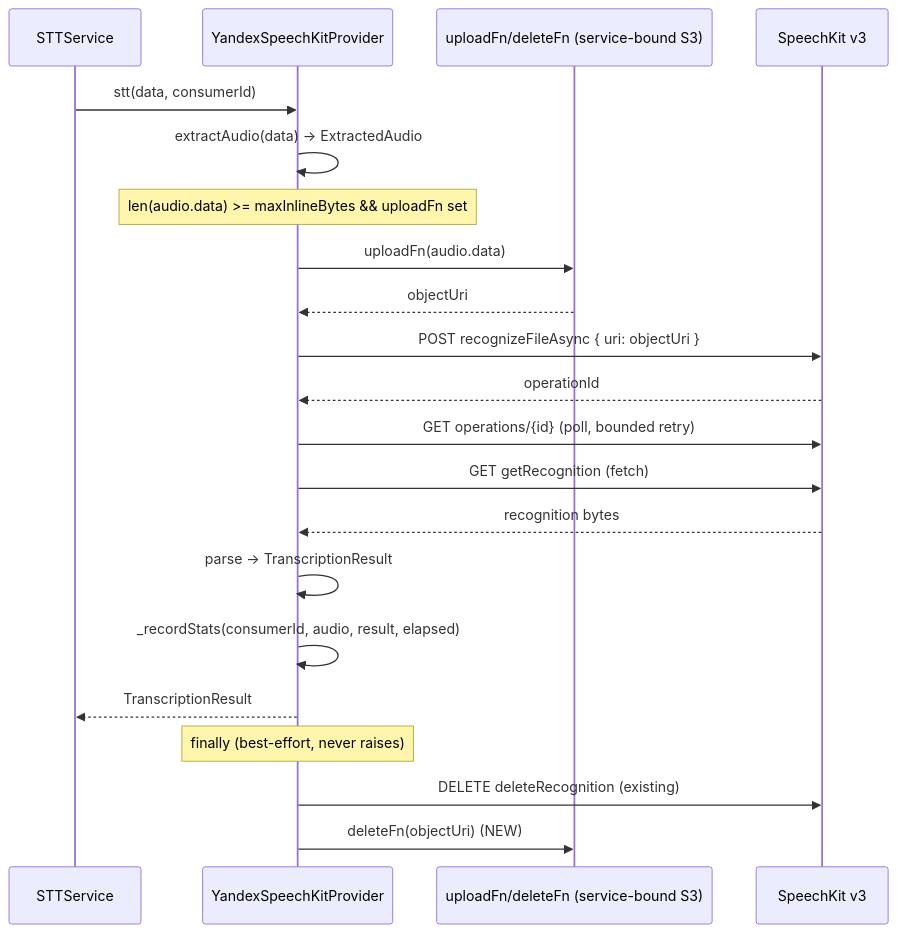
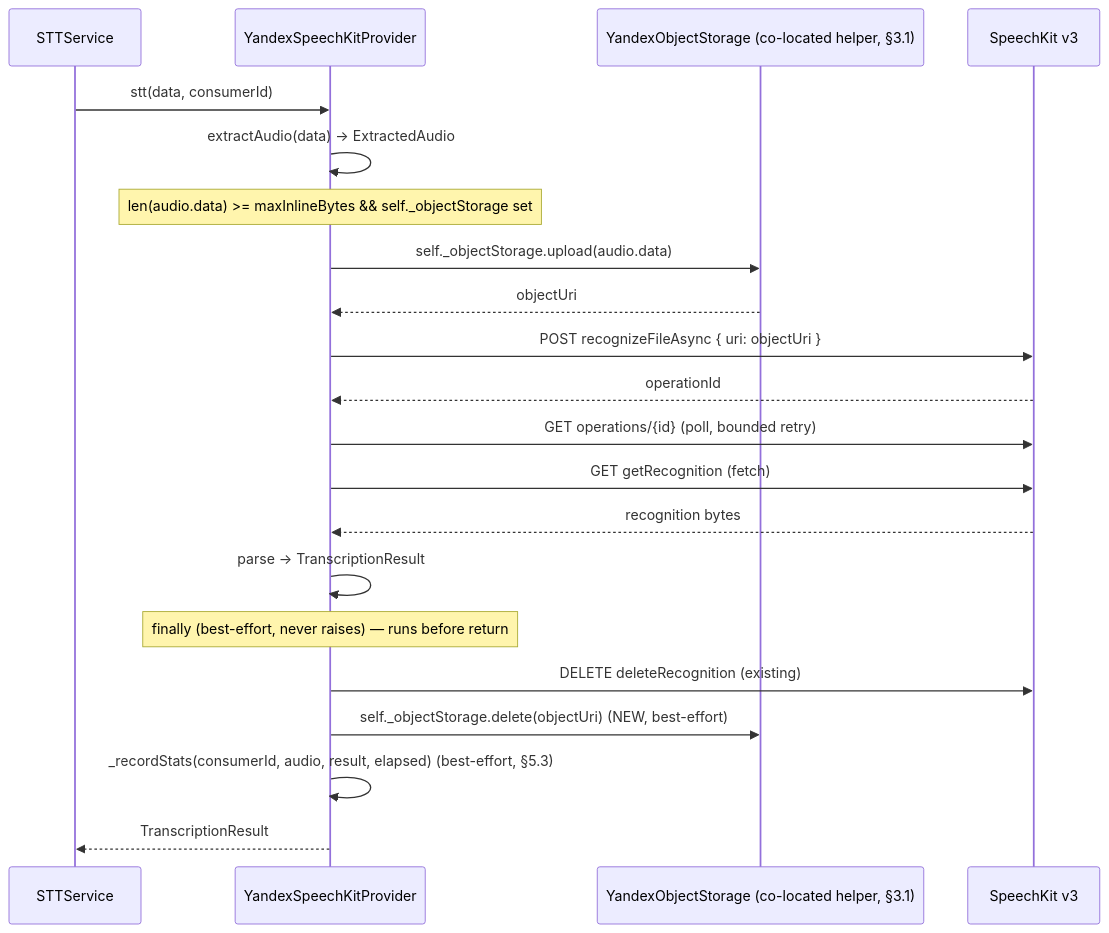
One commit to NotA-Company/gromozeka changed the diagram in docs/design/stt-v1.1.md. Above: the diagram before and after it, drawn with Mermaid. The commit also changed other lines of this file and 22 other files, not shown here.

````diff
--- a/docs/design/stt-v1.1.md
+++ b/docs/design/stt-v1.1.md
@@ -585,24 +647,24 @@
 ```mermaid
 sequenceDiagram
     participant S as STTService
     participant P as YandexSpeechKitProvider
-    participant OS as uploadFn/deleteFn (service-bound S3)
+    participant OS as YandexObjectStorage (co-located helper, §3.1)
     participant Y as SpeechKit v3
 
     S->>P: stt(data, consumerId)
     P->>P: extractAudio(data) → ExtractedAudio
-    Note over P: len(audio.data) >= maxInlineBytes && uploadFn set
-    P->>OS: uploadFn(audio.data)
+    Note over P: len(audio.data) >= maxInlineBytes && self._objectStorage set
+    P->>OS: self._objectStorage.upload(audio.data)
     OS-->>P: objectUri
     P->>Y: POST recognizeFileAsync { uri: objectUri }
     Y-->>P: operationId
     P->>Y: GET operations/{id} (poll, bounded retry)
     P->>Y: GET getRecognition (fetch)
     Y-->>P: recognition bytes
     P->>P: parse → TranscriptionResult
-    P->>P: _recordStats(consumerId, audio, result, elapsed)
+    Note over P: finally (best-effort, never raises) — runs before return
+    P->>Y: DELETE deleteRecognition (existing)
+    P->>OS: self._objectStorage.delete(objectUri)  (NEW, best-effort)
+    P->>P: _recordStats(consumerId, audio, result, elapsed)  (best-effort, §5.3)
     P-->>S: TranscriptionResult
-    Note over P: finally (best-effort, never raises)
-    P->>Y: DELETE deleteRecognition (existing)
-    P->>OS: deleteFn(objectUri)  (NEW)
 ```
````
